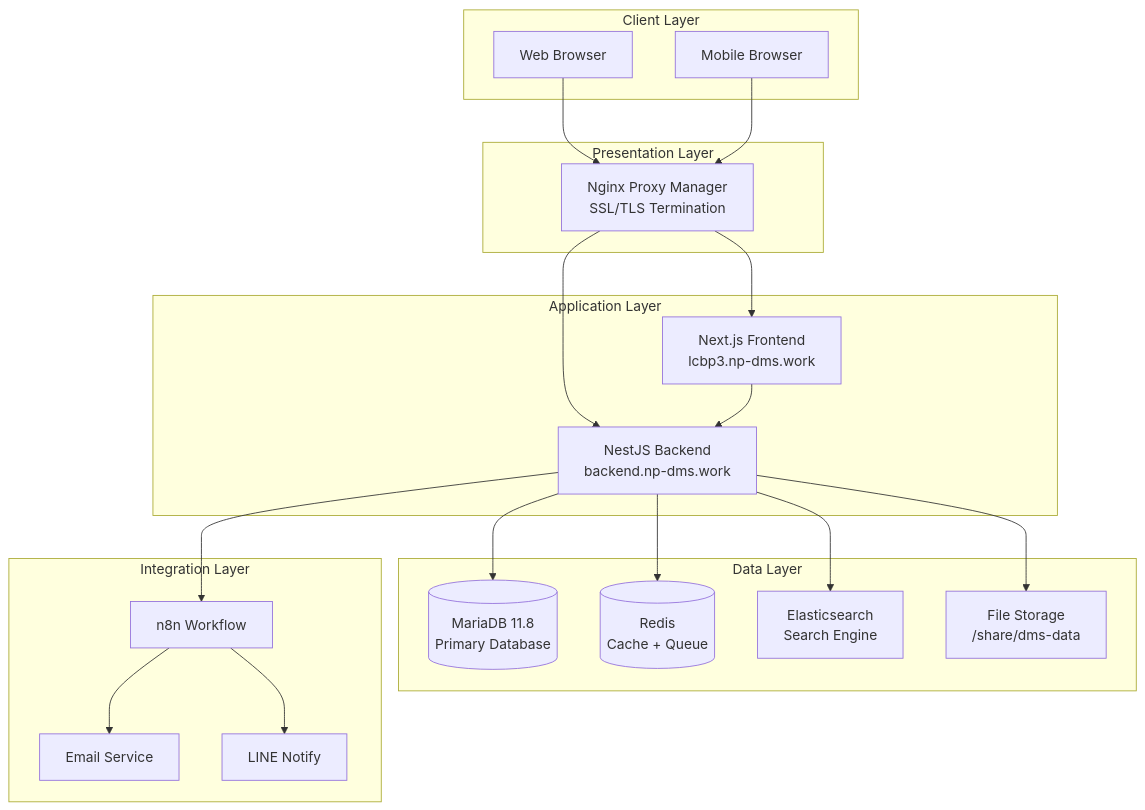
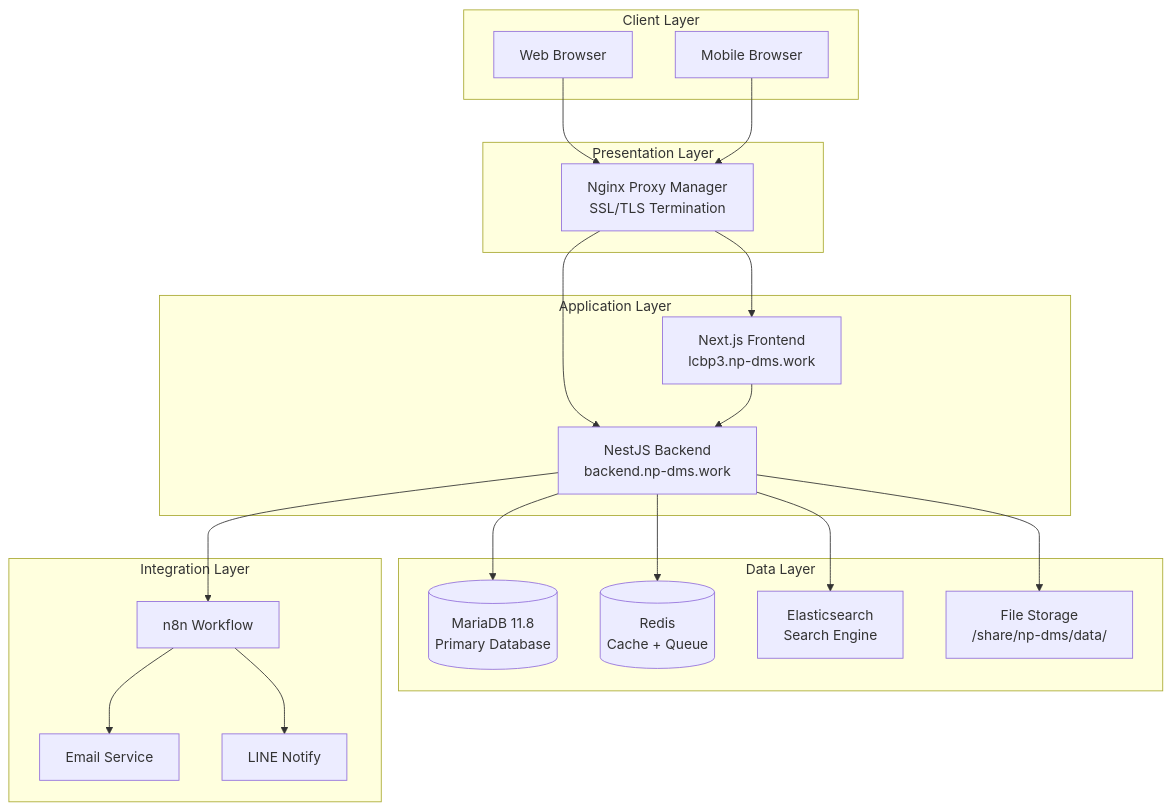
The first of 2 diagrams in specs/02-architecture/README.md (peancharoen/lcbp3), drawn with Mermaid before and after one commit. The commit also changed other lines of this file and 14 other files, not shown here.

````diff
--- a/specs/02-architecture/README.md
+++ b/specs/02-architecture/README.md
@@ -323,44 +325,44 @@
 ```mermaid
 graph TB
     subgraph "Client Layer"
         Browser[Web Browser]
         Mobile[Mobile Browser]
     end
 
     subgraph "Presentation Layer"
         NPM[Nginx Proxy Manager<br/>SSL/TLS Termination]
     end
 
     subgraph "Application Layer"
         Frontend[Next.js Frontend<br/>lcbp3.np-dms.work]
         Backend[NestJS Backend<br/>backend.np-dms.work]
     end
 
     subgraph "Data Layer"
         MariaDB[(MariaDB 11.8<br/>Primary Database)]
         Redis[(Redis<br/>Cache + Queue)]
         Elastic[Elasticsearch<br/>Search Engine]
-        Storage[File Storage<br/>/share/dms-data]
+        Storage[File Storage<br/>/share/np-dms/data/]
     end
 
     subgraph "Integration Layer"
         N8N[n8n Workflow]
         Email[Email Service]
         Line[LINE Notify]
     end
 
     Browser --> NPM
     Mobile --> NPM
     NPM --> Frontend
     NPM --> Backend
 
     Frontend --> Backend
     Backend --> MariaDB
     Backend --> Redis
     Backend --> Elastic
     Backend --> Storage
     Backend --> N8N
 
     N8N --> Email
     N8N --> Line
 ```
````
